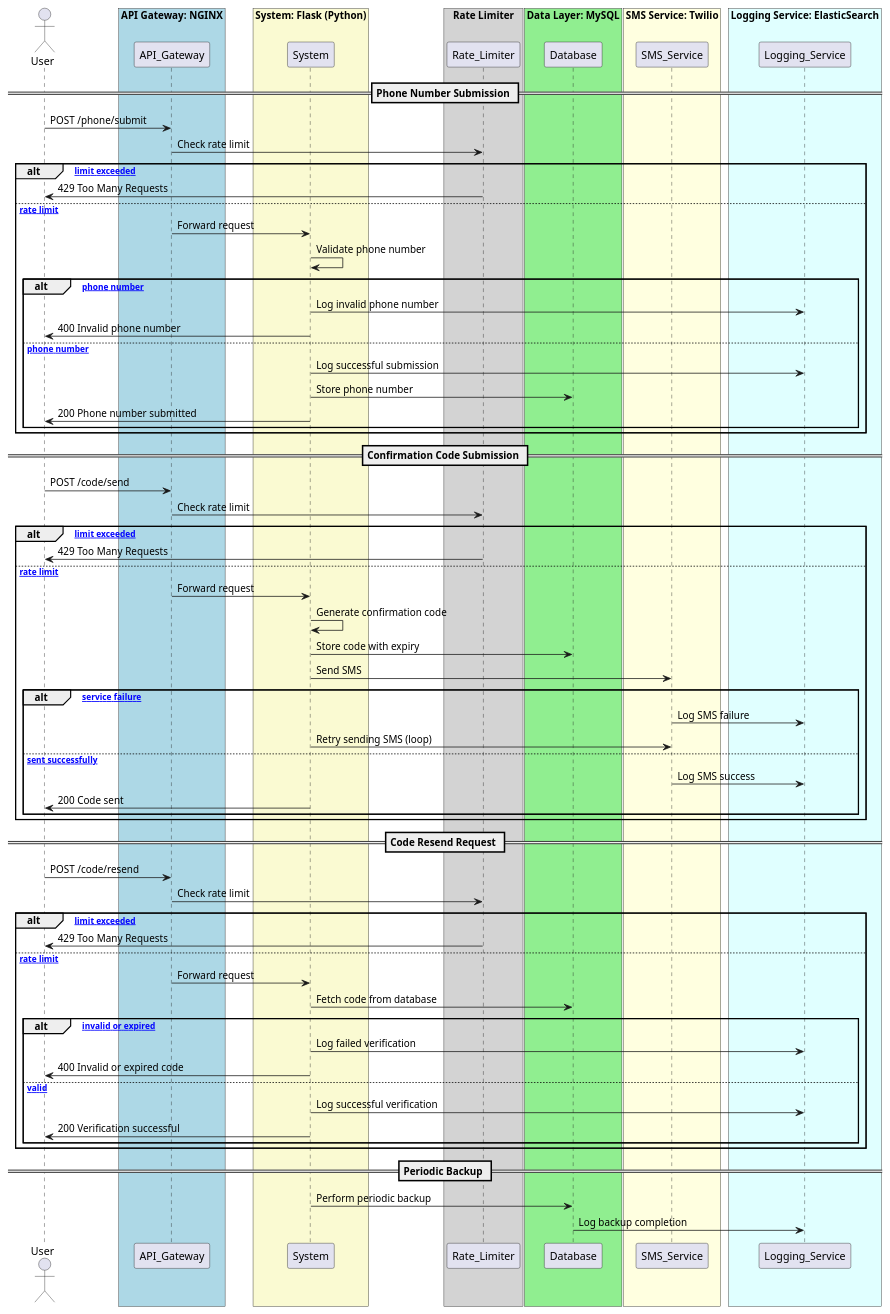
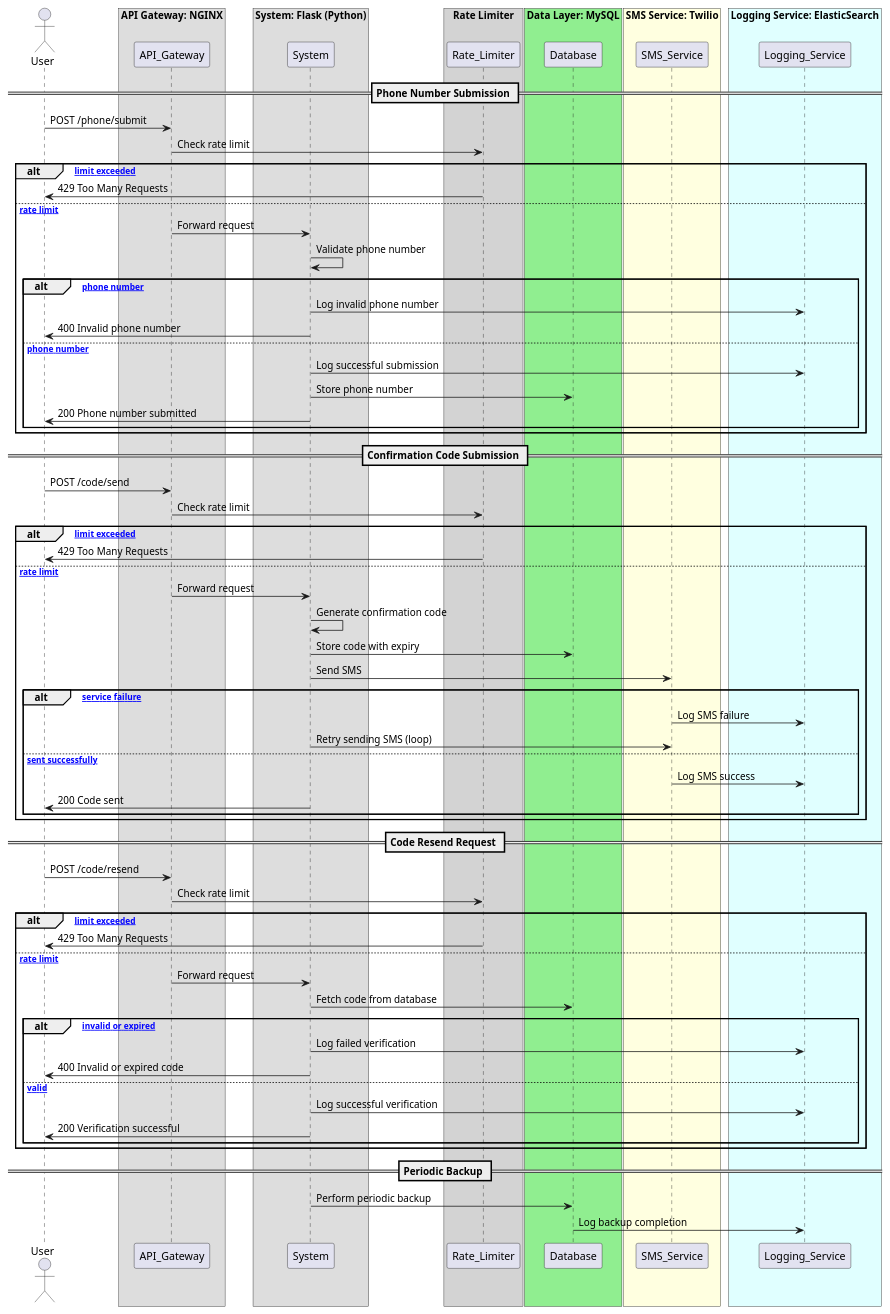
The diagram in docs/api_with.plantuml (jayd719/PhoneNumberVerification), drawn with PlantUML before and after one commit. The commit also changed 10 other files, not shown here.

```diff
--- a/docs/api_with.plantuml
+++ b/docs/api_with.plantuml
@@ -1,86 +1,86 @@
 @startuml marked
 actor User
 
-box "API Gateway: NGINX" #LightBlue
+box "API Gateway: NGINX" 
 participant API_Gateway
 end box
 
-box "System: Flask (Python)" #LightGoldenRodYellow
+box "System: Flask (Python)"
 participant System
 end box
 
 box "Rate Limiter" #LightGrey
 participant Rate_Limiter
 end box
 
 box "Data Layer: MySQL" #LightGreen
 participant Database
 end box
 
 box "SMS Service: Twilio" #LightYellow
 participant SMS_Service
 end box
 
 box "Logging Service: ElasticSearch" #LightCyan
 participant Logging_Service
 end box
 
 == Phone Number Submission ==
 User -> API_Gateway: POST /phone/submit
 API_Gateway -> Rate_Limiter: Check rate limit
 alt [Rate limit exceeded]
     Rate_Limiter -> User: 429 Too Many Requests
 else [Within rate limit]
     API_Gateway -> System: Forward request
     System -> System: Validate phone number
     alt [Invalid phone number]
         System -> Logging_Service: Log invalid phone number
         System -> User: 400 Invalid phone number
     else [Valid phone number]
         System -> Logging_Service: Log successful submission
         System -> Database: Store phone number
         System -> User: 200 Phone number submitted
     end
 end
 
 == Confirmation Code Submission ==
 User -> API_Gateway: POST /code/send
 API_Gateway -> Rate_Limiter: Check rate limit
 alt [Rate limit exceeded]
     Rate_Limiter -> User: 429 Too Many Requests
 else [Within rate limit]
     API_Gateway -> System: Forward request
     System -> System: Generate confirmation code
     System -> Database: Store code with expiry
     System -> SMS_Service: Send SMS
     alt [SMS service failure]
         SMS_Service -> Logging_Service: Log SMS failure
         System -> SMS_Service: Retry sending SMS (loop)
     else [SMS sent successfully]
         SMS_Service -> Logging_Service: Log SMS success
         System -> User: 200 Code sent
     end
 end
 
 == Code Resend Request ==
 User -> API_Gateway: POST /code/resend
 API_Gateway -> Rate_Limiter: Check rate limit
 alt [Rate limit exceeded]
     Rate_Limiter -> User: 429 Too Many Requests
 else [Within rate limit]
     API_Gateway -> System: Forward request
     System -> Database: Fetch code from database
     alt [Code invalid or expired]
         System -> Logging_Service: Log failed verification
         System -> User: 400 Invalid or expired code
     else [Code valid]
         System -> Logging_Service: Log successful verification
         System -> User: 200 Verification successful
     end
 end
 
 == Periodic Backup ==
 System -> Database: Perform periodic backup
 Database -> Logging_Service: Log backup completion
 
 @enduml
```
